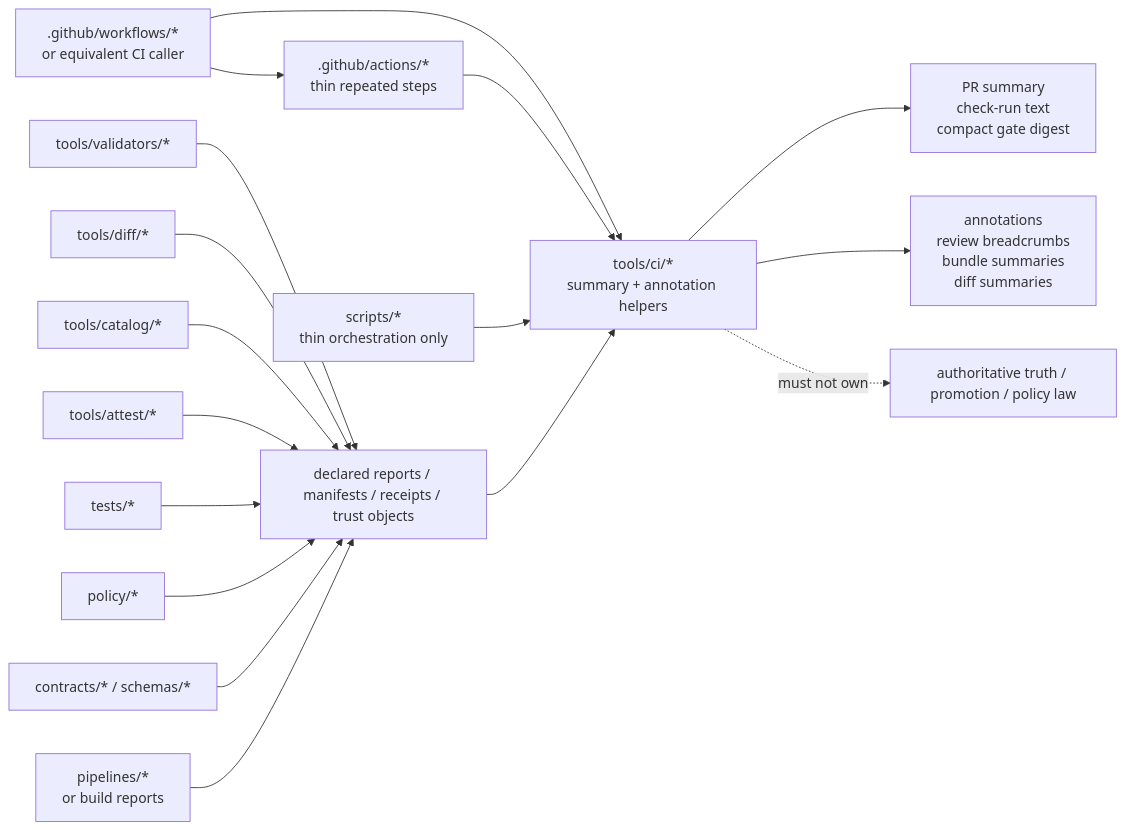
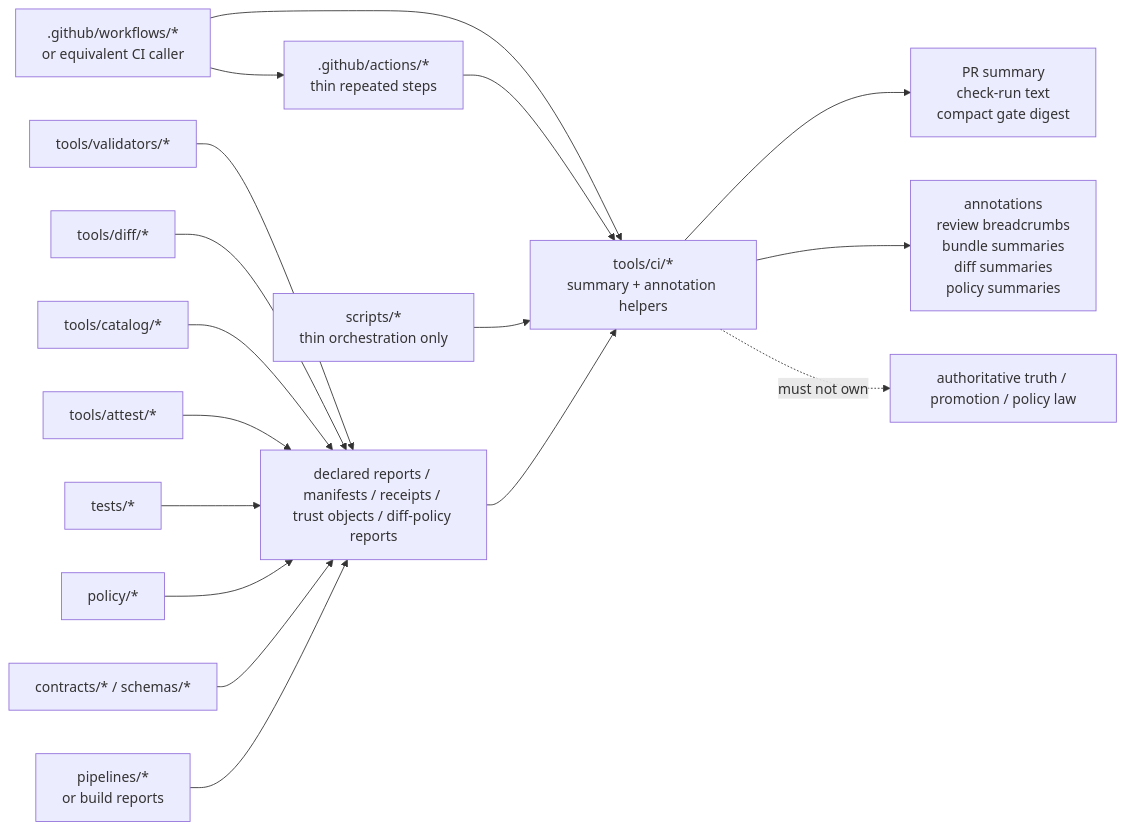
One commit to bartytime4life/Kansas-Frontier-Matrix changed the diagram in tools/ci/README.md. Above: the diagram before and after it, drawn with Mermaid. The commit also changed other lines of this file, not shown here.

First line of the commit message:
Enhance README with bundle diff policy summary details

````diff
--- a/tools/ci/README.md
+++ b/tools/ci/README.md
@@ -359,41 +406,41 @@
 ```mermaid
 flowchart LR
     WF[".github/workflows/*<br/>or equivalent CI caller"]
     AC[".github/actions/*<br/>thin repeated steps"]
     SC["scripts/*<br/>thin orchestration only"]
 
     VA["tools/validators/*"]
     DF["tools/diff/*"]
     CA["tools/catalog/*"]
     AT["tools/attest/*"]
     TS["tests/*"]
     PO["policy/*"]
     CO["contracts/* / schemas/*"]
     PI["pipelines/*<br/>or build reports"]
 
-    IN1["declared reports / manifests / receipts / trust objects"]
+    IN1["declared reports / manifests / receipts / trust objects / diff-policy reports"]
     CI["tools/ci/*<br/>summary + annotation helpers"]
     OUT1["PR summary<br/>check-run text<br/>compact gate digest"]
-    OUT2["annotations<br/>review breadcrumbs<br/>bundle summaries<br/>diff summaries"]
+    OUT2["annotations<br/>review breadcrumbs<br/>bundle summaries<br/>diff summaries<br/>policy summaries"]
     NO["authoritative truth / promotion / policy law"]
 
     WF --> AC
     WF --> CI
     AC --> CI
     SC --> CI
 
     VA --> IN1
     DF --> IN1
     CA --> IN1
     AT --> IN1
     TS --> IN1
     PO --> IN1
     CO --> IN1
     PI --> IN1
 
     IN1 --> CI
     CI --> OUT1
     CI --> OUT2
 
     CI -. must not own .-> NO
 ```
````
